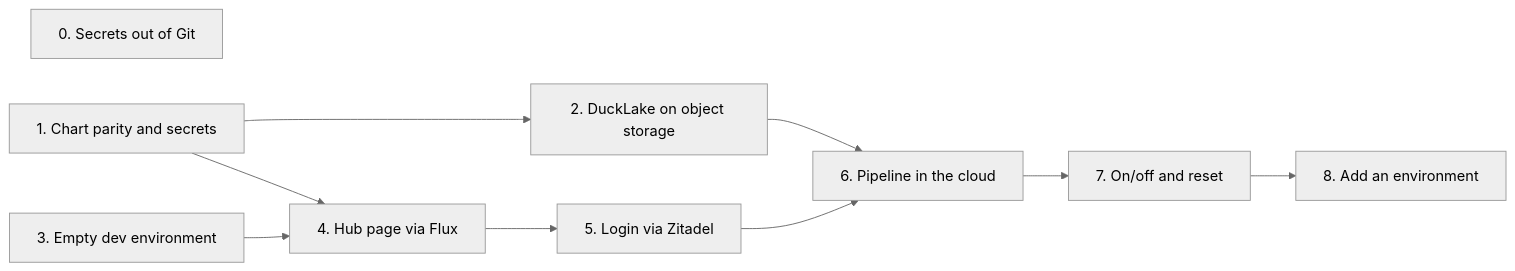
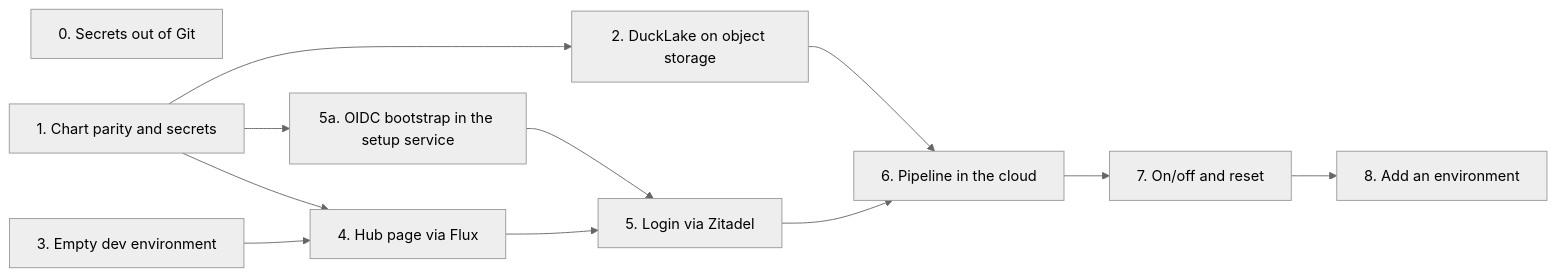
One commit to AE-EVKA/srdp changed the diagram in docs/scaleway-deployment/index.md. Above: the diagram before and after it, drawn with Mermaid (neutral theme). The commit also changed other lines of this file and 9 other files, not shown here.

````diff
--- a/docs/scaleway-deployment/index.md
+++ b/docs/scaleway-deployment/index.md
@@ -64,12 +64,14 @@
 ```mermaid
 graph LR
   T0[0. Secrets out of Git]
   T1[1. Chart parity and secrets] --> T2[2. DuckLake on object storage]
   T1 --> T4[4. Hub page via Flux]
   T3[3. Empty dev environment] --> T4
+  T1 --> T5a[5a. OIDC bootstrap in the setup service]
+  T5a --> T5
   T4 --> T5[5. Login via Zitadel]
   T2 --> T6[6. Pipeline in the cloud]
   T5 --> T6
   T6 --> T7[7. On/off and reset]
   T7 --> T8[8. Add an environment]
 ```
````
